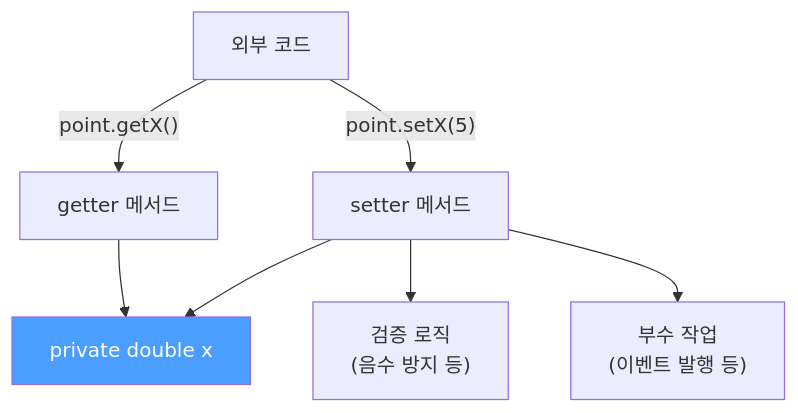
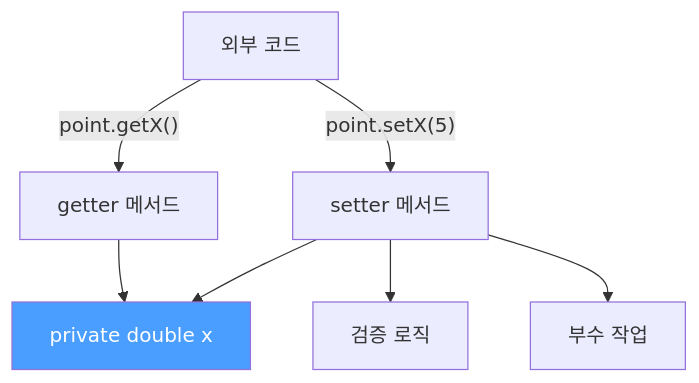
Before and after one commit to yjkim2015/yjkim2015.github.io: the first of 2 diagrams in _posts/java/2022-01-03-effective-java16.md, drawn with Mermaid. The commit also changed other lines of this file and 217 other files, not shown here.

First line of the commit message:
Mermaid 크기 수정: useMaxWidth:true + SVG max-width:100% + 라벨 축소

````diff
--- a/_posts/java/2022-01-03-effective-java16.md
+++ b/_posts/java/2022-01-03-effective-java16.md
@@ -82,10 +82,10 @@
 ```mermaid
 graph TD
     A["외부 코드"] -->|"point.getX()"| B["getter 메서드"]
     A -->|"point.setX(5)"| C["setter 메서드"]
     B --> D["private double x"]
     C --> D
-    C --> E["검증 로직\n(음수 방지 등)"]
-    C --> F["부수 작업\n(이벤트 발행 등)"]
+    C --> E["검증 로직"]
+    C --> F["부수 작업"]
     style D fill:#4a9eff,color:#fff
 ```
````
